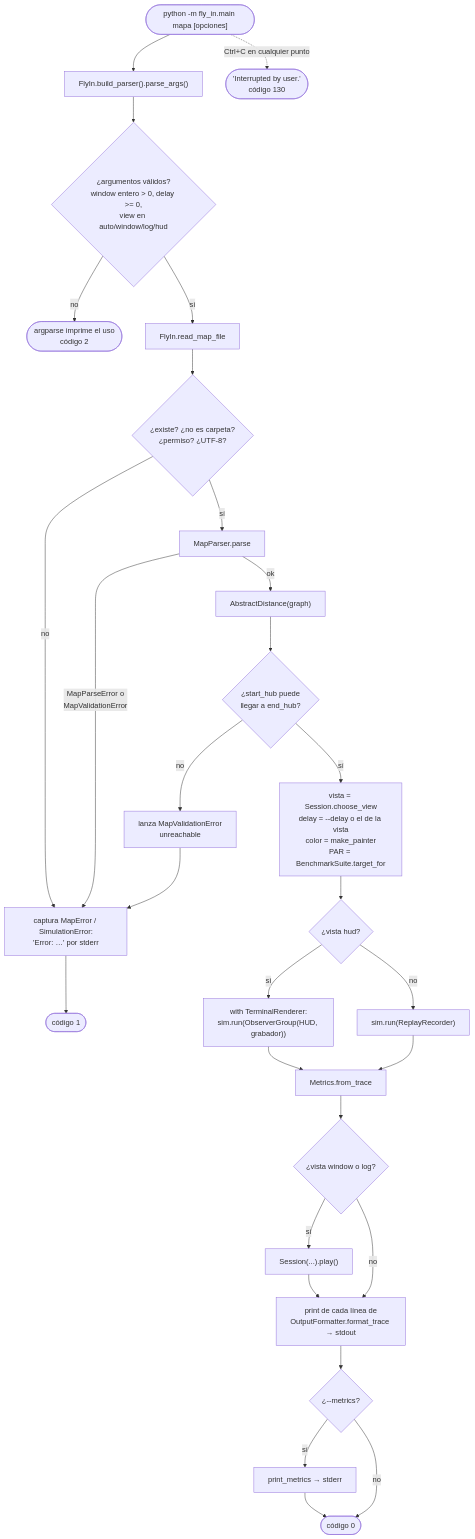
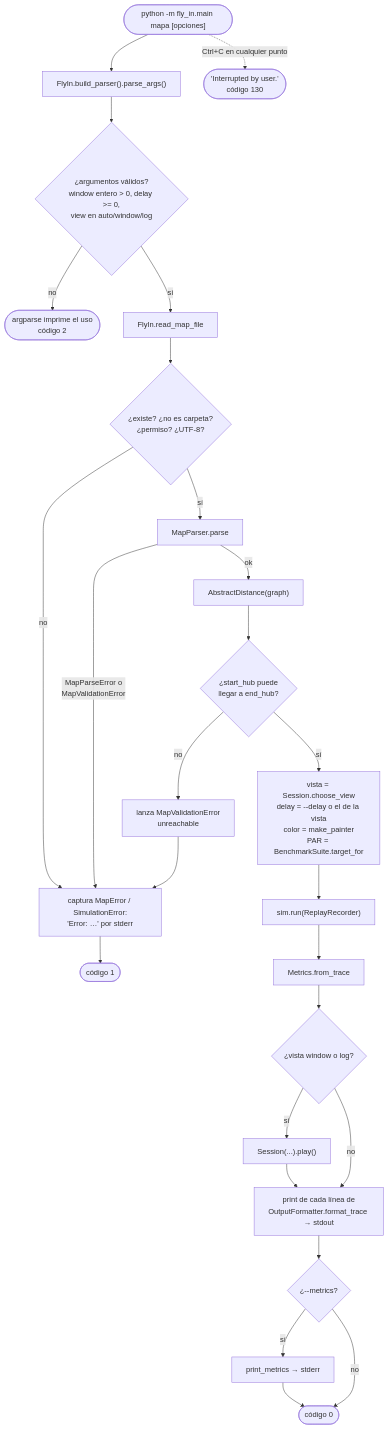
One commit to 0xARCOS/Fly-In changed diagram 23 of 52 in docs/07-diagramas.md. Above: the diagram before and after it, drawn with Mermaid. The commit also changed other lines of this file and 33 other files, not shown here.

````diff
--- a/docs/07-diagramas.md
+++ b/docs/07-diagramas.md
@@ -881,30 +821,27 @@
 ```mermaid
 flowchart TD
     A(["python -m fly_in.main mapa [opciones]"]) --> B["FlyIn.build_parser().parse_args()"]
-    B --> B1{"¿argumentos válidos?<br/>window entero > 0, delay >= 0,<br/>view en auto/window/log/hud"}
+    B --> B1{"¿argumentos válidos?<br/>window entero > 0, delay >= 0,<br/>view en auto/window/log"}
     B1 -->|"no"| X2(["argparse imprime el uso<br/>código 2"])
     B1 -->|"sí"| C["FlyIn.read_map_file"]
     C --> C1{"¿existe? ¿no es carpeta?<br/>¿permiso? ¿UTF-8?"}
     C1 -->|"no"| ERR
     C1 -->|"sí"| D["MapParser.parse"]
     D -->|"MapParseError o<br/>MapValidationError"| ERR
     D -->|"ok"| E["AbstractDistance(graph)"]
     E --> F{"¿start_hub puede<br/>llegar a end_hub?"}
     F -->|"no"| E1["lanza MapValidationError<br/>unreachable"] --> ERR
     F -->|"sí"| V["vista = Session.choose_view<br/>delay = --delay o el de la vista<br/>color = make_painter<br/>PAR = BenchmarkSuite.target_for"]
-    V --> H{"¿vista hud?"}
-    H -->|"sí"| HUD["with TerminalRenderer:<br/>sim.run(ObserverGroup(HUD, grabador))"]
-    H -->|"no"| REC["sim.run(ReplayRecorder)"]
-    HUD --> MET["Metrics.from_trace"]
-    REC --> MET
+    V --> REC["sim.run(ReplayRecorder)"]
+    REC --> MET["Metrics.from_trace"]
     MET --> SH{"¿vista window o log?"}
     SH -->|"sí"| PLAY["Session(...).play()"]
     SH -->|"no"| OUT
     PLAY --> OUT["print de cada línea de<br/>OutputFormatter.format_trace → stdout"]
     OUT --> M{"¿--metrics?"}
     M -->|"sí"| MP["print_metrics → stderr"]
     M -->|"no"| OK(["código 0"])
     MP --> OK
     ERR["captura MapError / SimulationError:<br/>'Error: …' por stderr"] --> X1(["código 1"])
     A -.->|"Ctrl+C en cualquier punto"| KI(["'Interrupted by user.'<br/>código 130"])
 ```
````
